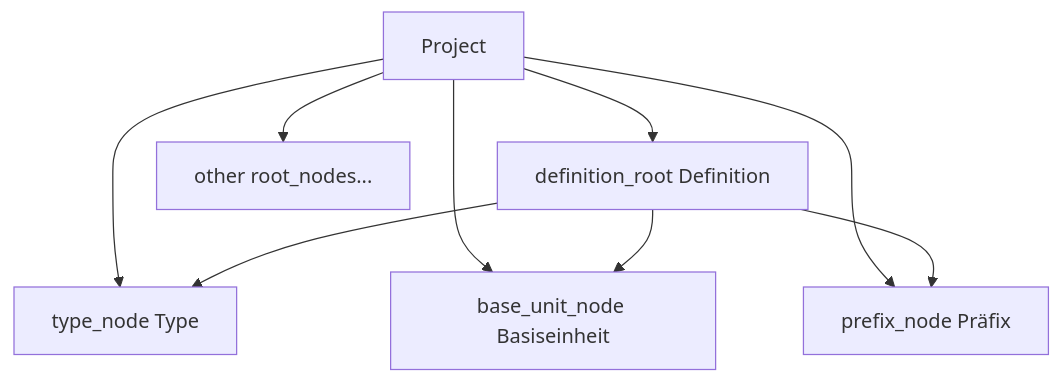
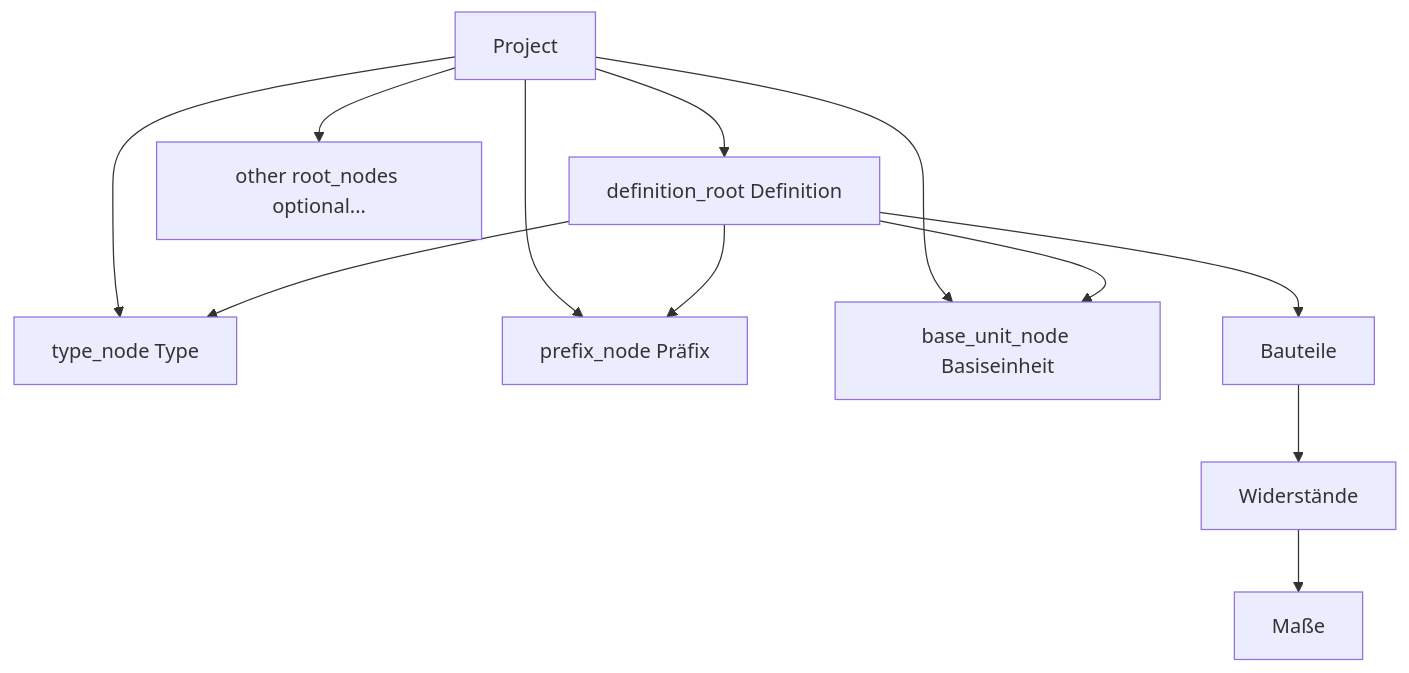
The fifth of 5 diagrams in docs/plans/data-structure.md (sfambach/wp-taxonomy-modeler), drawn with Mermaid before and after one commit. The commit also changed other lines of this file and 5 other files, not shown here.

````diff
--- a/docs/plans/data-structure.md
+++ b/docs/plans/data-structure.md
@@ -565,12 +553,15 @@
 ```mermaid
 flowchart TB
   PR[Project]
   PR --> DR[definition_root Definition]
   PR --> TN[type_node Type]
   PR --> PN[prefix_node Präfix]
   PR --> BN[base_unit_node Basiseinheit]
   DR --> TN
   DR --> BN
   DR --> PN
-  PR --> Rother[other root_nodes...]
+  DR --> Bau[Bauteile]
+  Bau --> W[Widerstände]
+  W --> M[Maße]
+  PR --> Rother[other root_nodes optional...]
 ```
````
